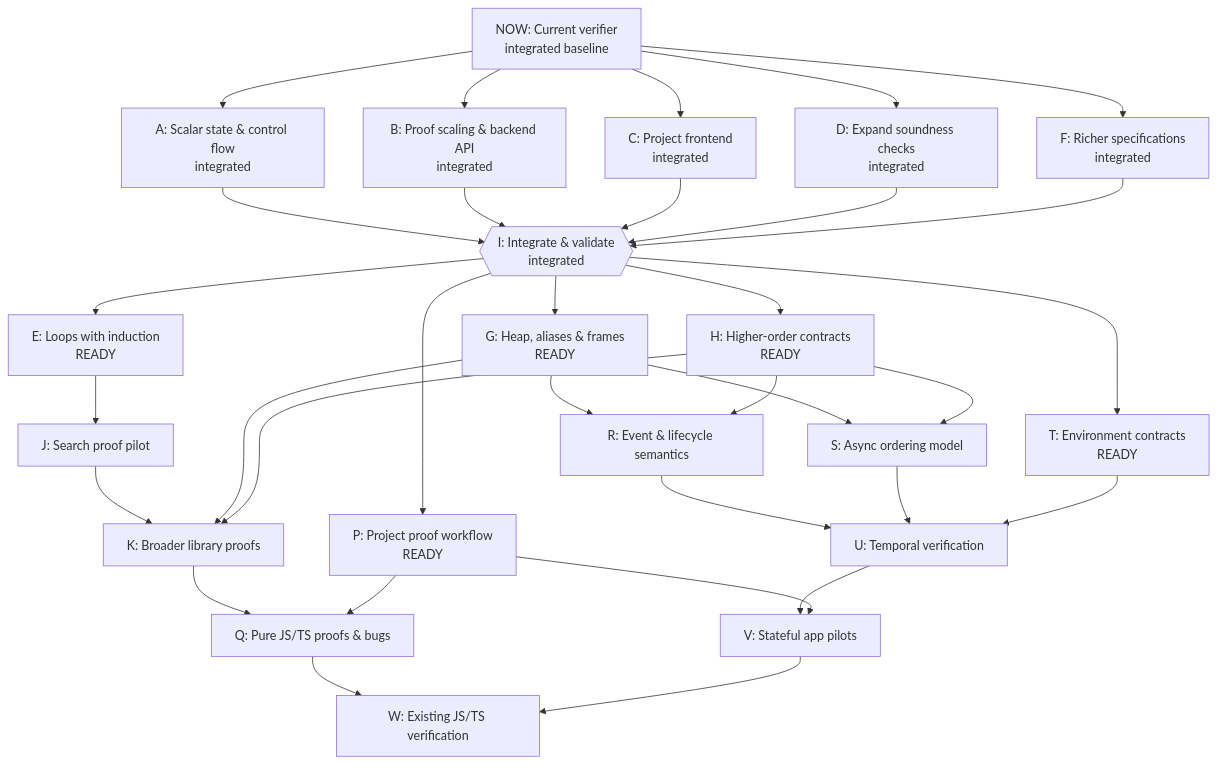
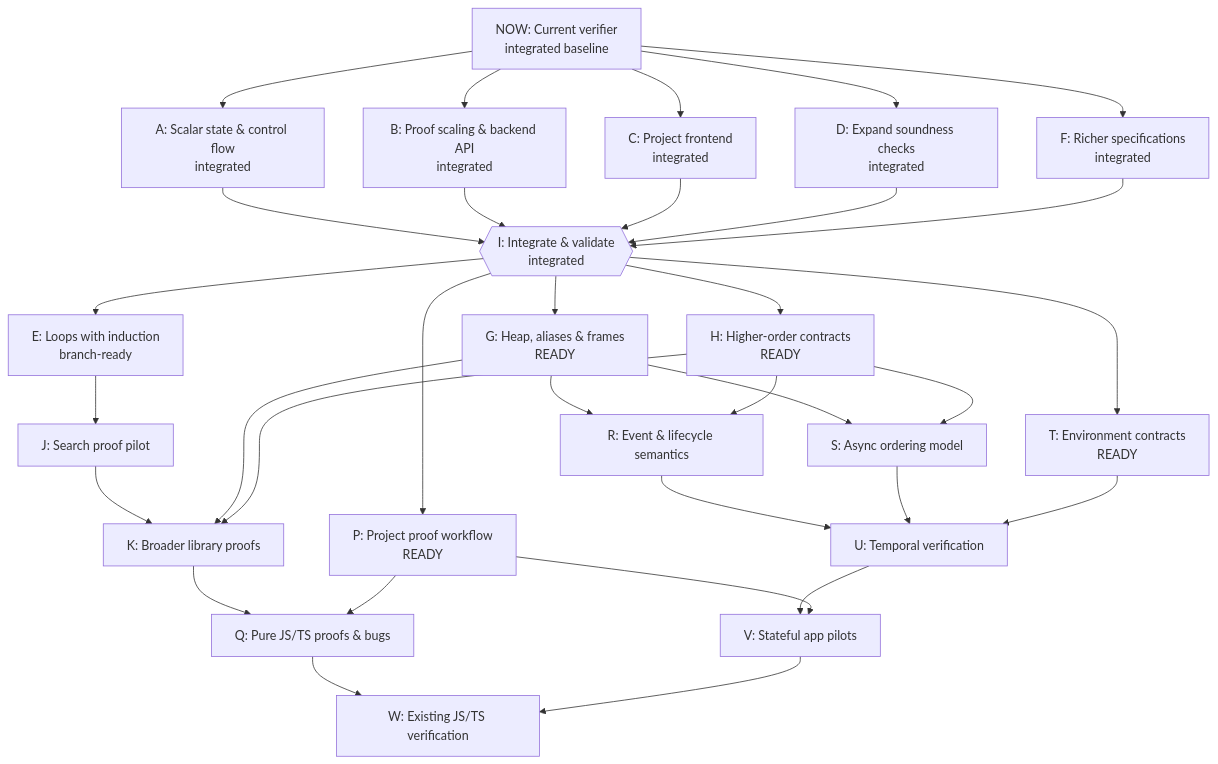
The diagram in docs/verification-roadmap.md (rickono/verified-list-ui), drawn with Mermaid before and after one commit. The commit also changed other lines of this file and 2 other files, not shown here.

Commit message:
Record the loop induction milestone and next dependencies

````diff
--- a/docs/verification-roadmap.md
+++ b/docs/verification-roadmap.md
@@ -7,55 +7,55 @@
 ```mermaid
 flowchart TD
   NOW["NOW: Current verifier<br/>integrated baseline"]
   A["A: Scalar state &amp; control flow<br/>integrated"]
   B["B: Proof scaling &amp; backend API<br/>integrated"]
   C["C: Project frontend<br/>integrated"]
   D["D: Expand soundness checks<br/>integrated"]
   F["F: Richer specifications<br/>integrated"]
   I{{"I: Integrate &amp; validate<br/>integrated"}}
-  E["E: Loops with induction<br/>READY"]
+  E["E: Loops with induction<br/>branch-ready"]
   G["G: Heap, aliases &amp; frames<br/>READY"]
   H["H: Higher-order contracts<br/>READY"]
   J["J: Search proof pilot"]
   K["K: Broader library proofs"]
   P["P: Project proof workflow<br/>READY"]
   Q["Q: Pure JS/TS proofs &amp; bugs"]
   R["R: Event &amp; lifecycle semantics"]
   S["S: Async ordering model"]
   T["T: Environment contracts<br/>READY"]
   U["U: Temporal verification"]
   V["V: Stateful app pilots"]
   W["W: Existing JS/TS verification"]
   NOW --> A
   NOW --> B
   NOW --> C
   NOW --> D
   NOW --> F
   A --> I
   B --> I
   C --> I
   D --> I
   F --> I
   I --> E
   I --> G
   I --> H
   E --> J
   J --> K
   G --> K
   H --> K
   I --> P
   K --> Q
   P --> Q
   G --> R
   H --> R
   G --> S
   H --> S
   I --> T
   R --> U
   S --> U
   T --> U
   U --> V
   P --> V
   Q --> W
   V --> W
 ```
````
